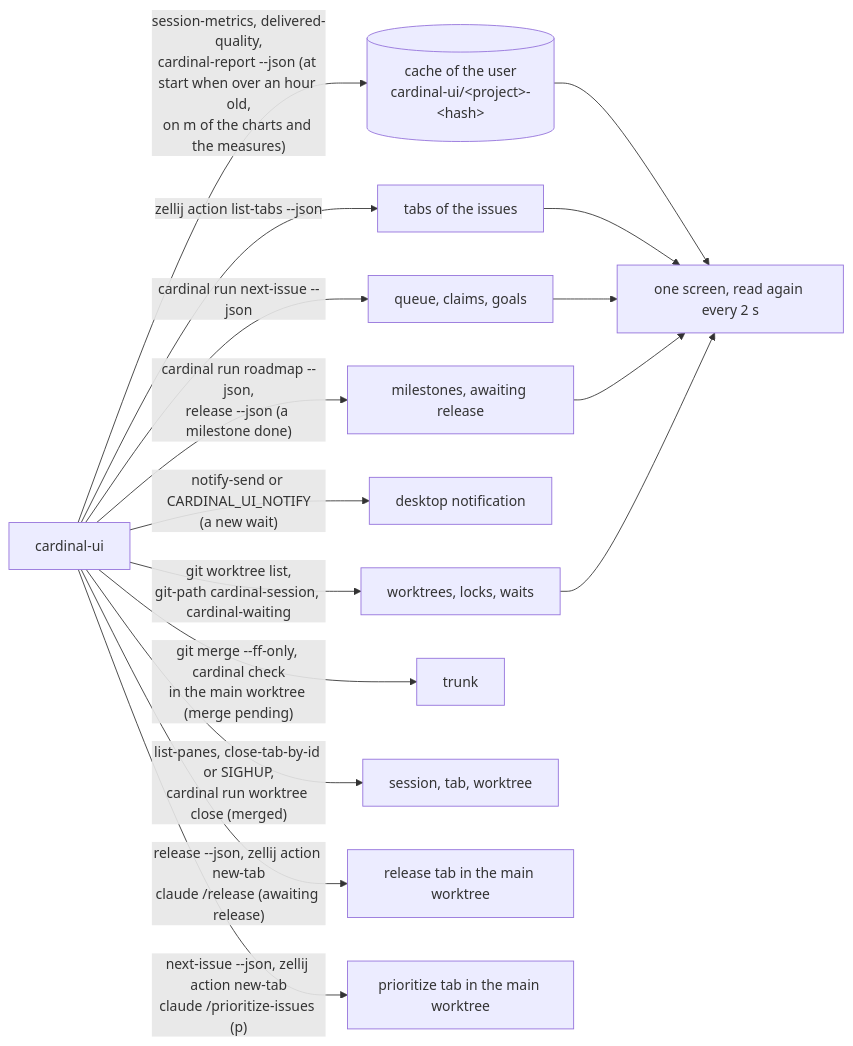
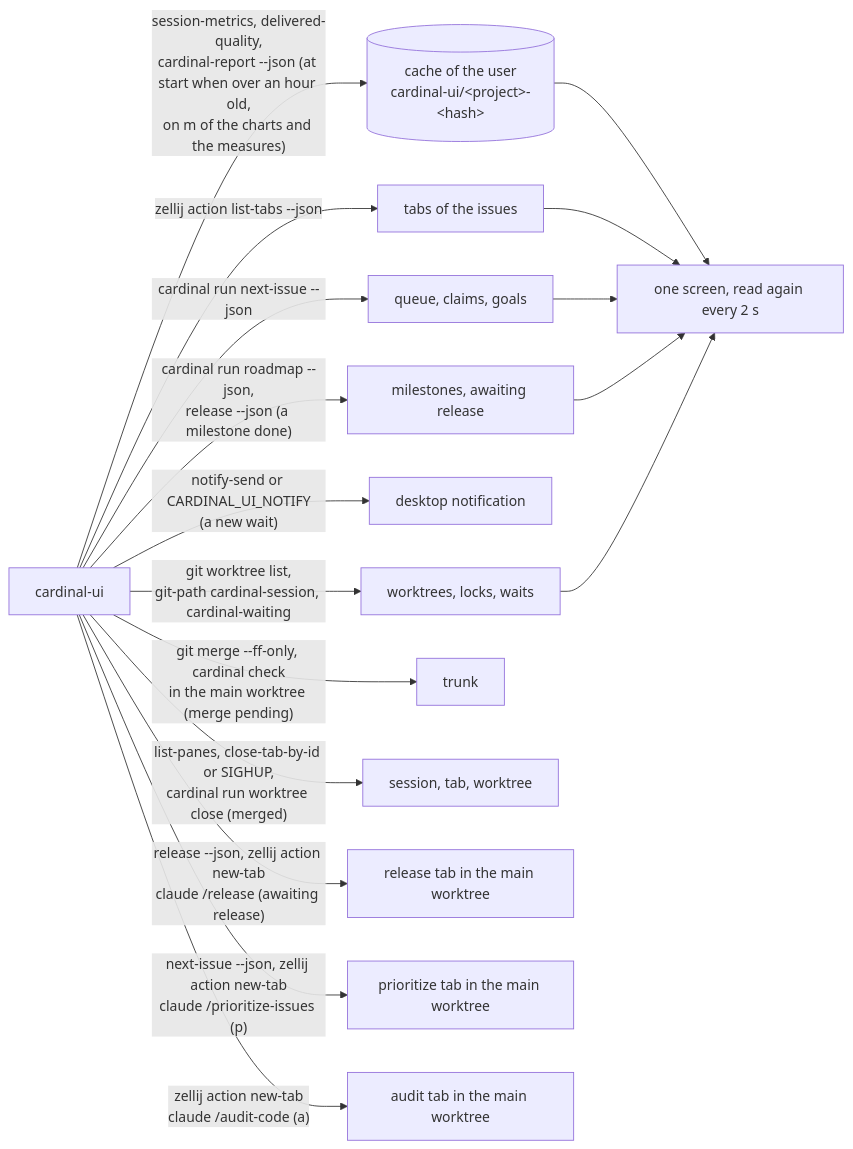
One commit to Electron-libre/cardinal changed the third of 3 diagrams in docs/architecture.md. Above: the diagram before and after it, drawn with Mermaid. The commit also changed other lines of this file and 13 other files, not shown here.

First line of the commit message:
feat(ui): start the audit of the code with a key

````diff
--- a/docs/architecture.md
+++ b/docs/architecture.md
@@ -255,18 +255,19 @@
 ```mermaid
 flowchart LR
   ui["cardinal-ui"] -->|"cardinal run next-issue --json"| queue["queue, claims, goals"]
   ui -->|"cardinal run roadmap --json,<br/>release --json (a milestone done)"| milestones["milestones, awaiting release"]
   ui -->|"git worktree list,<br/>git-path cardinal-session, cardinal-waiting"| worktrees["worktrees, locks, waits"]
   ui -->|"zellij action list-tabs --json"| tabs["tabs of the issues"]
   ui -->|"notify-send or CARDINAL_UI_NOTIFY<br/>(a new wait)"| desktop["desktop notification"]
   ui -->|"session-metrics, delivered-quality,<br/>cardinal-report --json (at start when over an hour old,<br/>on m of the charts and the measures)"| cache[("cache of the user<br/>cardinal-ui/&lt;project&gt;-&lt;hash&gt;")]
   ui -->|"git merge --ff-only, cardinal check<br/>in the main worktree (merge pending)"| trunk["trunk"]
   ui -->|"list-panes, close-tab-by-id or SIGHUP,<br/>cardinal run worktree close (merged)"| ended["session, tab, worktree"]
   ui -->|"release --json, zellij action new-tab<br/>claude /release (awaiting release)"| release["release tab in the main worktree"]
   ui -->|"next-issue --json, zellij action new-tab<br/>claude /prioritize-issues (p)"| prioritize["prioritize tab in the main worktree"]
+  ui -->|"zellij action new-tab<br/>claude /audit-code (a)"| audit["audit tab in the main worktree"]
   cache --> screen
   tabs --> screen
   queue --> screen["one screen, read again every 2 s"]
   milestones --> screen
   worktrees --> screen
 ```
````
